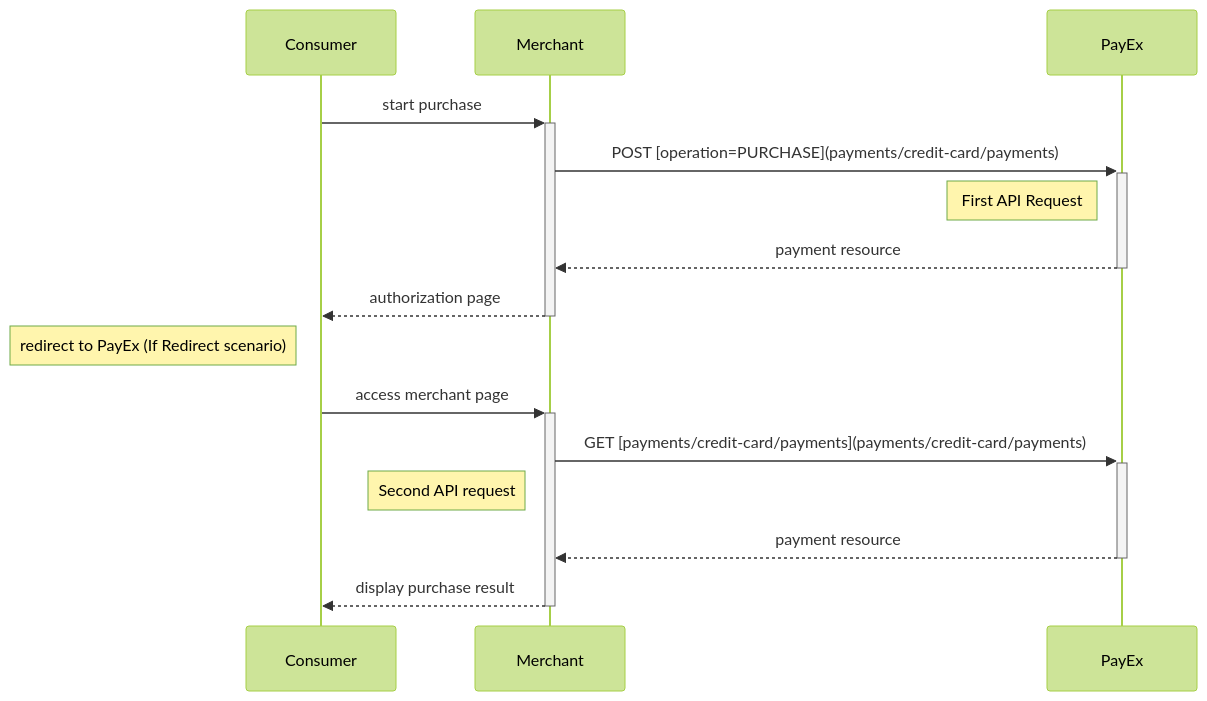
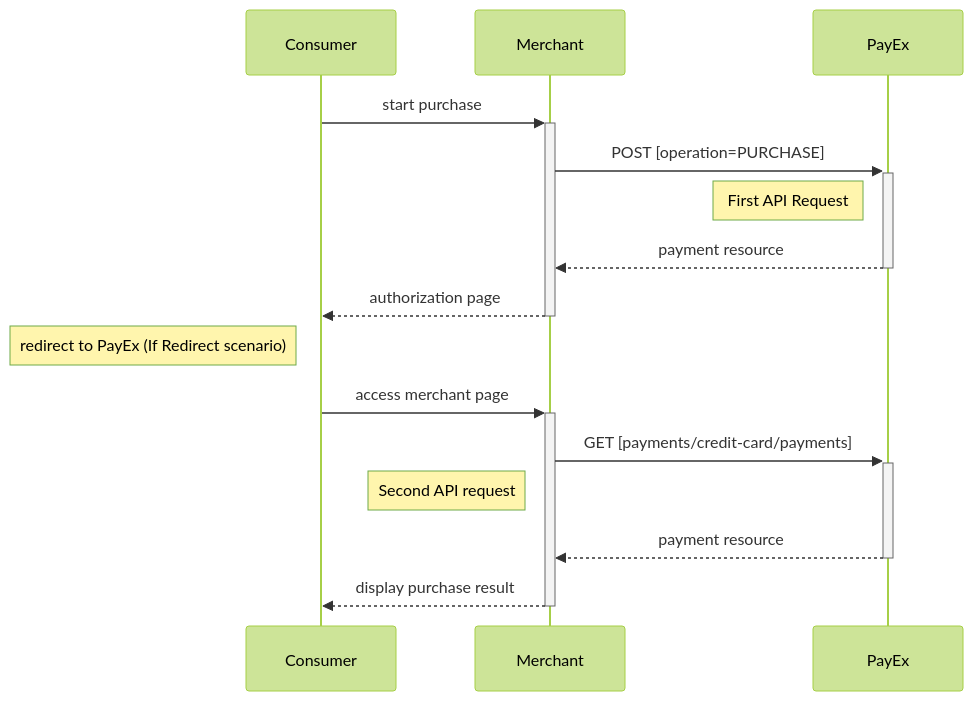
One commit to SwedbankPay/developer.swedbankpay.com changed the first of 2 diagrams in payments/credit-card/seamless-view.md. Above: the diagram before and after it, drawn with Mermaid (forest theme). The commit also changed other lines of this file and 3 other files, not shown here.

````diff
--- a/payments/credit-card/seamless-view.md
+++ b/payments/credit-card/seamless-view.md
@@ -141,14 +141,14 @@
 ```mermaid
 sequenceDiagram
     Consumer->>+Merchant: start purchase
-    Merchant->>+PayEx: POST [operation=PURCHASE](payments/credit-card/payments)
+    Merchant->>+PayEx: POST [operation=PURCHASE]
     Note left of PayEx: First API Request
     PayEx-->>-Merchant: payment resource
     Merchant-->>-Consumer: authorization page
     note left of Consumer: redirect to PayEx (If Redirect scenario)
     Consumer->>+Merchant: access merchant page
-    Merchant->>+PayEx: GET [payments/credit-card/payments](payments/credit-card/payments)
+    Merchant->>+PayEx: GET [payments/credit-card/payments]
     note left of Merchant: Second API request
     PayEx-->>-Merchant: payment resource
     Merchant-->>-Consumer: display purchase result
 ```
````
